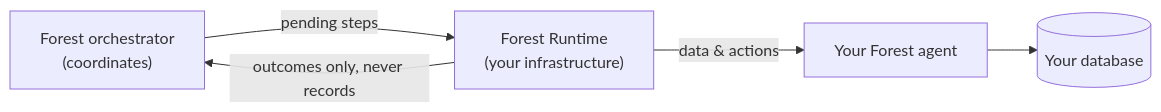
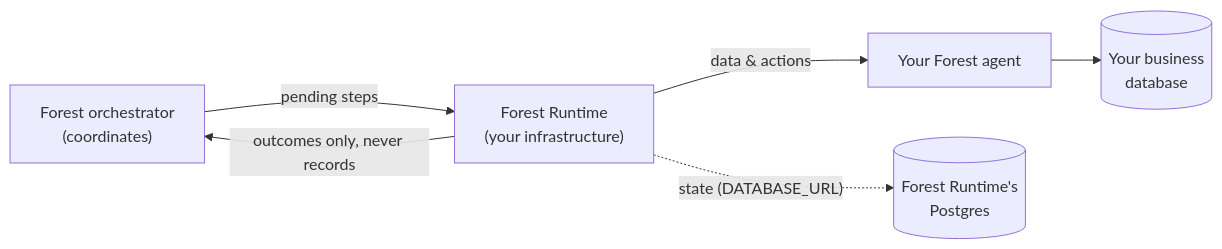
The diagram in product/process/workflows/forest-runtime.mdx (ForestAdmin/docs), drawn with Mermaid before and after one commit.

Commit message:
docs: show Forest Runtime's own Postgres in the diagram

````diff
--- a/product/process/workflows/forest-runtime.mdx
+++ b/product/process/workflows/forest-runtime.mdx
@@ -27,6 +27,7 @@
 ```mermaid
 flowchart LR
   O["Forest orchestrator<br/>(coordinates)"] -- "pending steps" --> R["Forest Runtime<br/>(your infrastructure)"]
-  R -- "data & actions" --> A["Your Forest agent"] --> DB[("Your database")]
+  R -- "data & actions" --> A["Your Forest agent"] --> DB[("Your business<br/>database")]
+  R -. "state (DATABASE_URL)" .-> P[("Forest Runtime's<br/>Postgres")]
   R -- "outcomes only, never records" --> O
 ```
````
